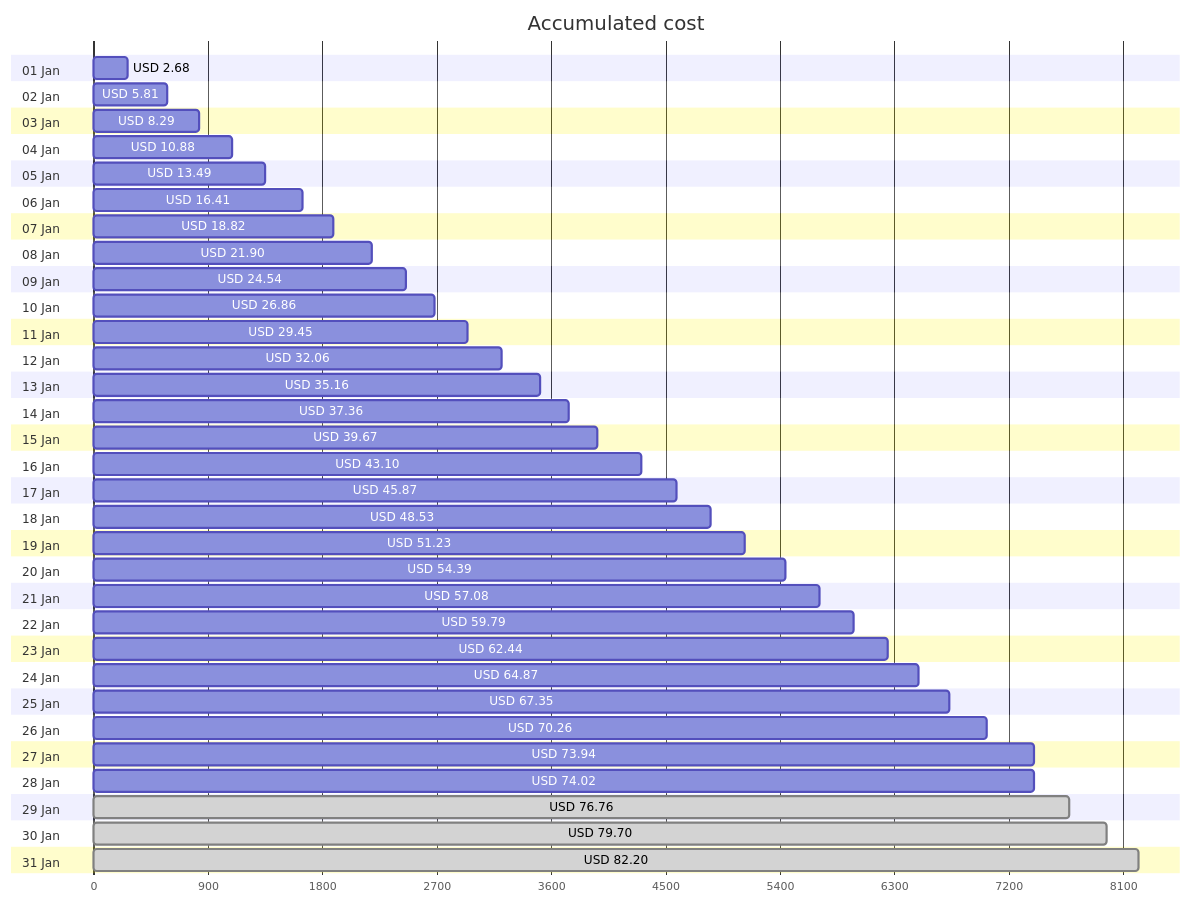
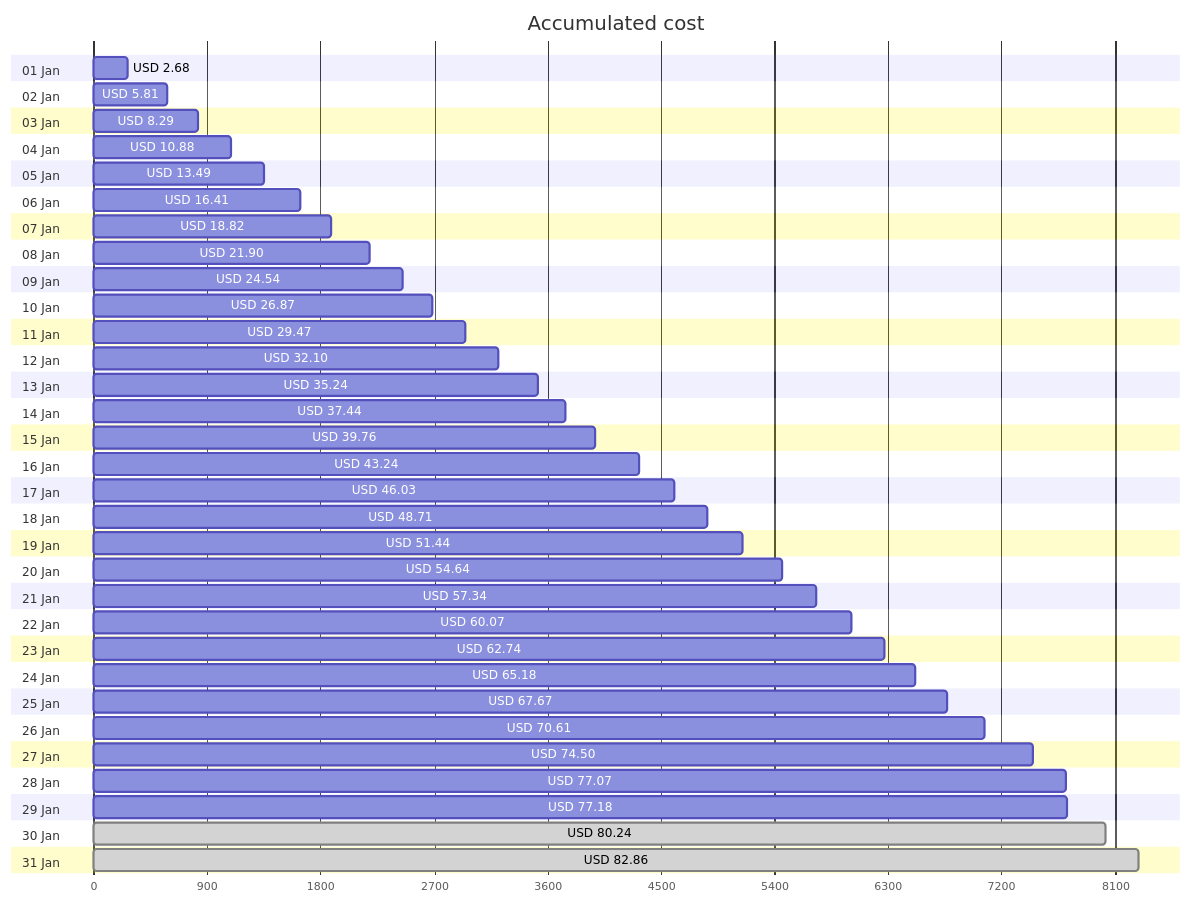
One commit to jpfulton/azure-personal-reports changed the first of 4 diagrams in cost-reports/accumulated-cost.md. Above: the diagram before and after it, drawn with Mermaid. The commit also changed other lines of this file and 4 other files, not shown here.

````diff
--- a/cost-reports/accumulated-cost.md
+++ b/cost-reports/accumulated-cost.md
@@ -20,68 +20,68 @@
 ```mermaid
 gantt
    title Accumulated cost
    dateFormat  X
    axisFormat %s
    section 01 Jan
    USD 2.68 :0, 268
    section 02 Jan
    USD 5.81 :0, 581
    section 03 Jan
    USD 8.29 :0, 829
    section 04 Jan
    USD 10.88 :0, 1088
    section 05 Jan
    USD 13.49 :0, 1349
    section 06 Jan
    USD 16.41 :0, 1641
    section 07 Jan
    USD 18.82 :0, 1882
    section 08 Jan
    USD 21.90 :0, 2190
    section 09 Jan
    USD 24.54 :0, 2454
    section 10 Jan
-   USD 26.86 :0, 2686
+   USD 26.87 :0, 2687
    section 11 Jan
-   USD 29.45 :0, 2945
+   USD 29.47 :0, 2947
    section 12 Jan
-   USD 32.06 :0, 3206
+   USD 32.10 :0, 3210
    section 13 Jan
-   USD 35.16 :0, 3516
+   USD 35.24 :0, 3524
    section 14 Jan
-   USD 37.36 :0, 3736
+   USD 37.44 :0, 3744
    section 15 Jan
-   USD 39.67 :0, 3967
+   USD 39.76 :0, 3976
    section 16 Jan
-   USD 43.10 :0, 4310
+   USD 43.24 :0, 4324
    section 17 Jan
-   USD 45.87 :0, 4587
+   USD 46.03 :0, 4603
    section 18 Jan
-   USD 48.53 :0, 4853
+   USD 48.71 :0, 4871
    section 19 Jan
-   USD 51.23 :0, 5123
+   USD 51.44 :0, 5144
    section 20 Jan
-   USD 54.39 :0, 5439
+   USD 54.64 :0, 5464
    section 21 Jan
-   USD 57.08 :0, 5708
+   USD 57.34 :0, 5734
    section 22 Jan
-   USD 59.79 :0, 5979
+   USD 60.07 :0, 6007
    section 23 Jan
-   USD 62.44 :0, 6244
+   USD 62.74 :0, 6274
    section 24 Jan
-   USD 64.87 :0, 6487
+   USD 65.18 :0, 6518
    section 25 Jan
-   USD 67.35 :0, 6735
+   USD 67.67 :0, 6767
    section 26 Jan
-   USD 70.26 :0, 7026
+   USD 70.61 :0, 7061
    section 27 Jan
-   USD 73.94 :0, 7394
+   USD 74.50 :0, 7450
    section 28 Jan
-   USD 74.02 :0, 7402
+   USD 77.07 :0, 7707
    section 29 Jan
-   USD 76.76 : done, 0, 7676
+   USD 77.18 :0, 7718
    section 30 Jan
-   USD 79.70 : done, 0, 7970
+   USD 80.24 : done, 0, 8024
    section 31 Jan
-   USD 82.20 : done, 0, 8220
+   USD 82.86 : done, 0, 8286
 ```
````
